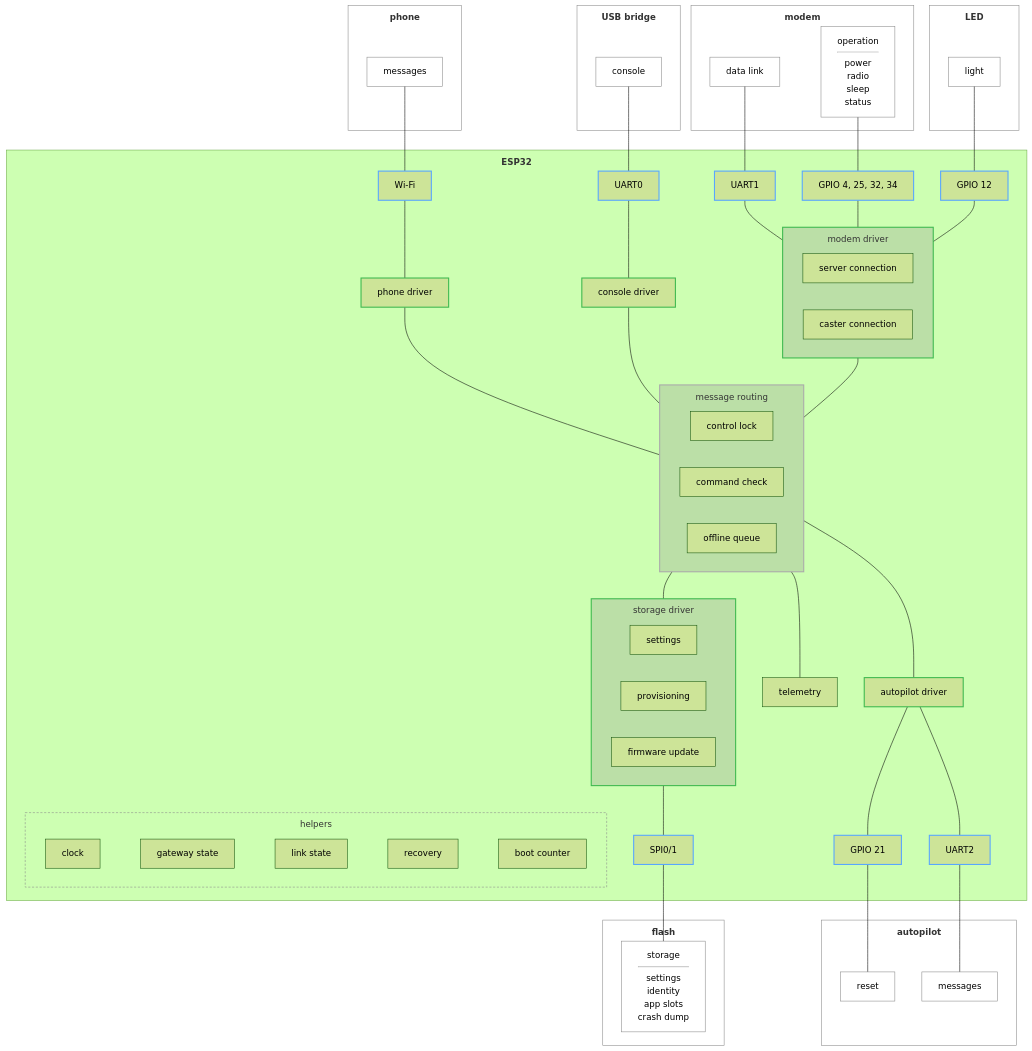
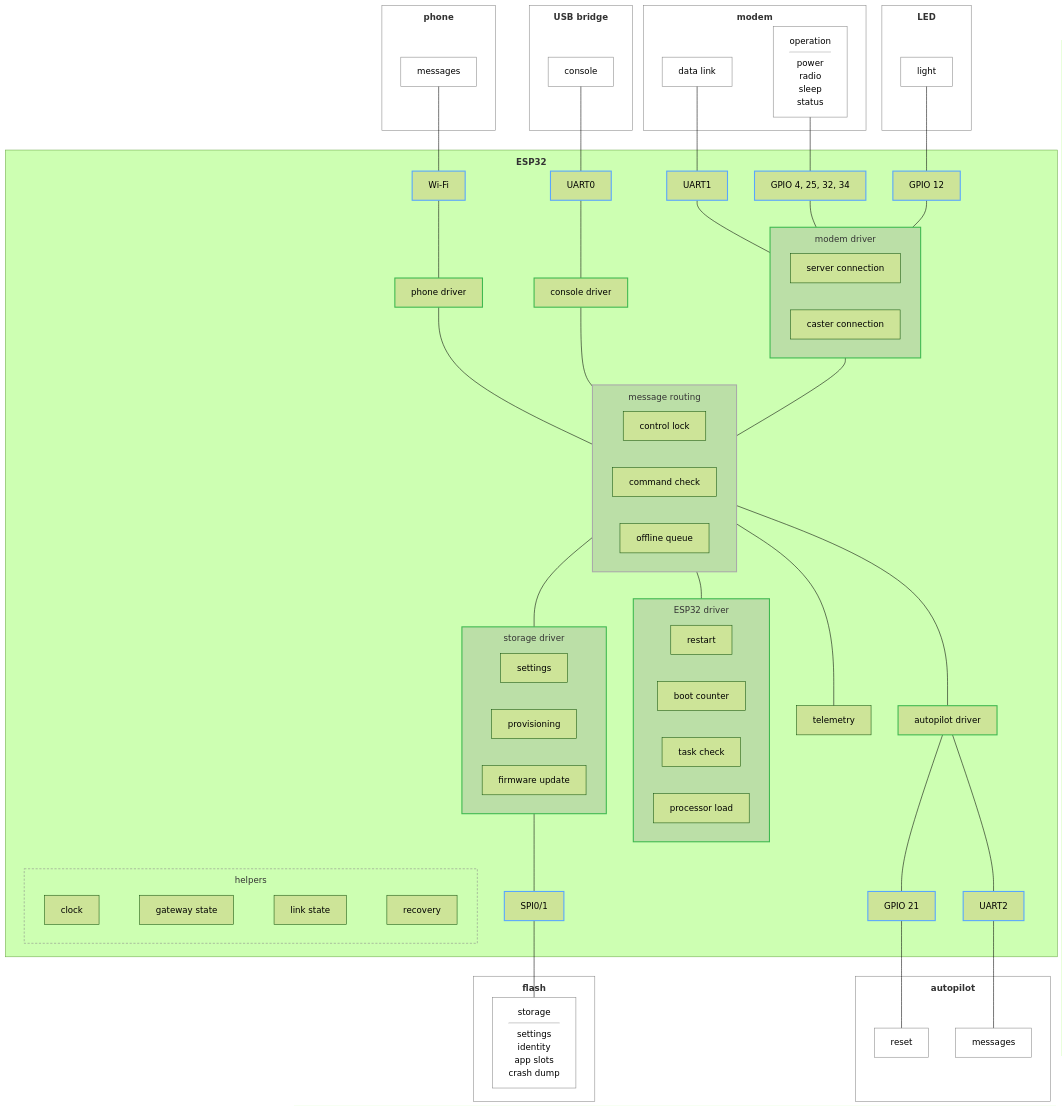
Before and after one commit to rmx-lt/rmx-mower-gateway: the diagram in .esp-architecture/diagrams/block-draft.md, drawn with Mermaid (forest theme).

Commit message:
Draft: ESP32 driver with what depends only on the chip

````diff
--- a/.esp-architecture/diagrams/block-draft.md
+++ b/.esp-architecture/diagrams/block-draft.md
@@ -43,13 +43,18 @@
       q["offline queue"]
     end
     tel["telemetry"]
+    subgraph esp["ESP32 driver"]
+      rst["restart"]
+      boot["boot counter"]
+      live["task check"]
+      load["processor load"]
+    end
     subgraph help["helpers"]
       clk["clock"]
       state["gateway state"]
       ls["link state"]
       rec["recovery"]
-      boot["boot counter"]
-      clk ~~~ state ~~~ ls ~~~ rec ~~~ boot
+      clk ~~~ state ~~~ ls ~~~ rec
     end
     bl["autopilot driver"]
     subgraph fs["storage driver"]
@@ -77,6 +82,7 @@
   conn --- msg
   msg --- tel
   msg --- fs
+  msg --- esp
   msg --- bl
   fs --- sp --- fparts
   bl --- u2 --- amsg
@@ -90,7 +96,7 @@
   classDef owner fill:#8884,stroke:#aaa,stroke-width:2px
   class msg owner
   classDef ownerdriver fill:#8884,stroke:#3fb950,stroke-width:2px
-  class conn,fs ownerdriver
+  class conn,fs,esp ownerdriver
   classDef device fill:none,stroke:#888
   class modem,mdata,mctl,led,lparts,ap,amsg,areset,ph,pparts,usb,uparts,fl,fparts device
 ```
````
